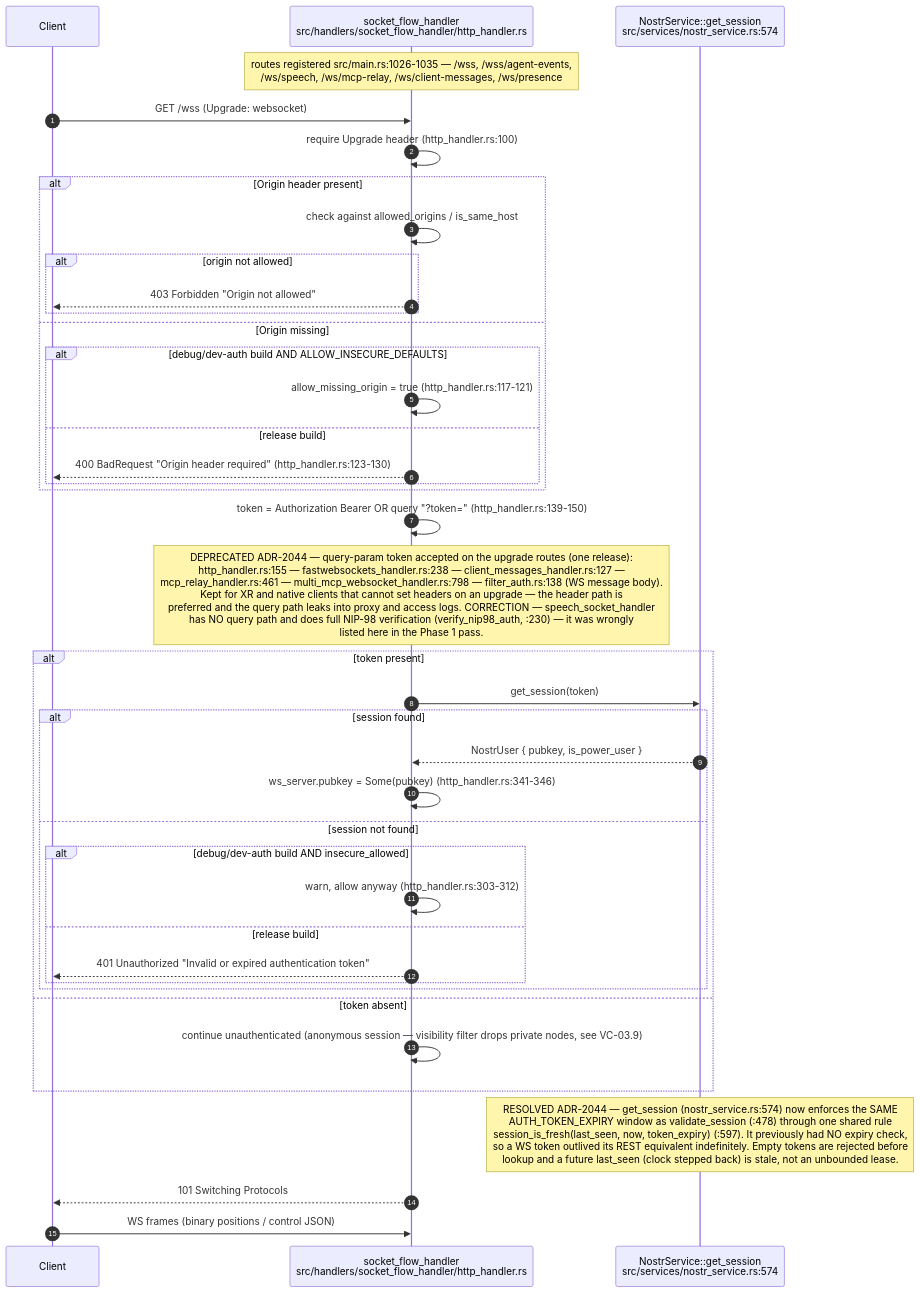
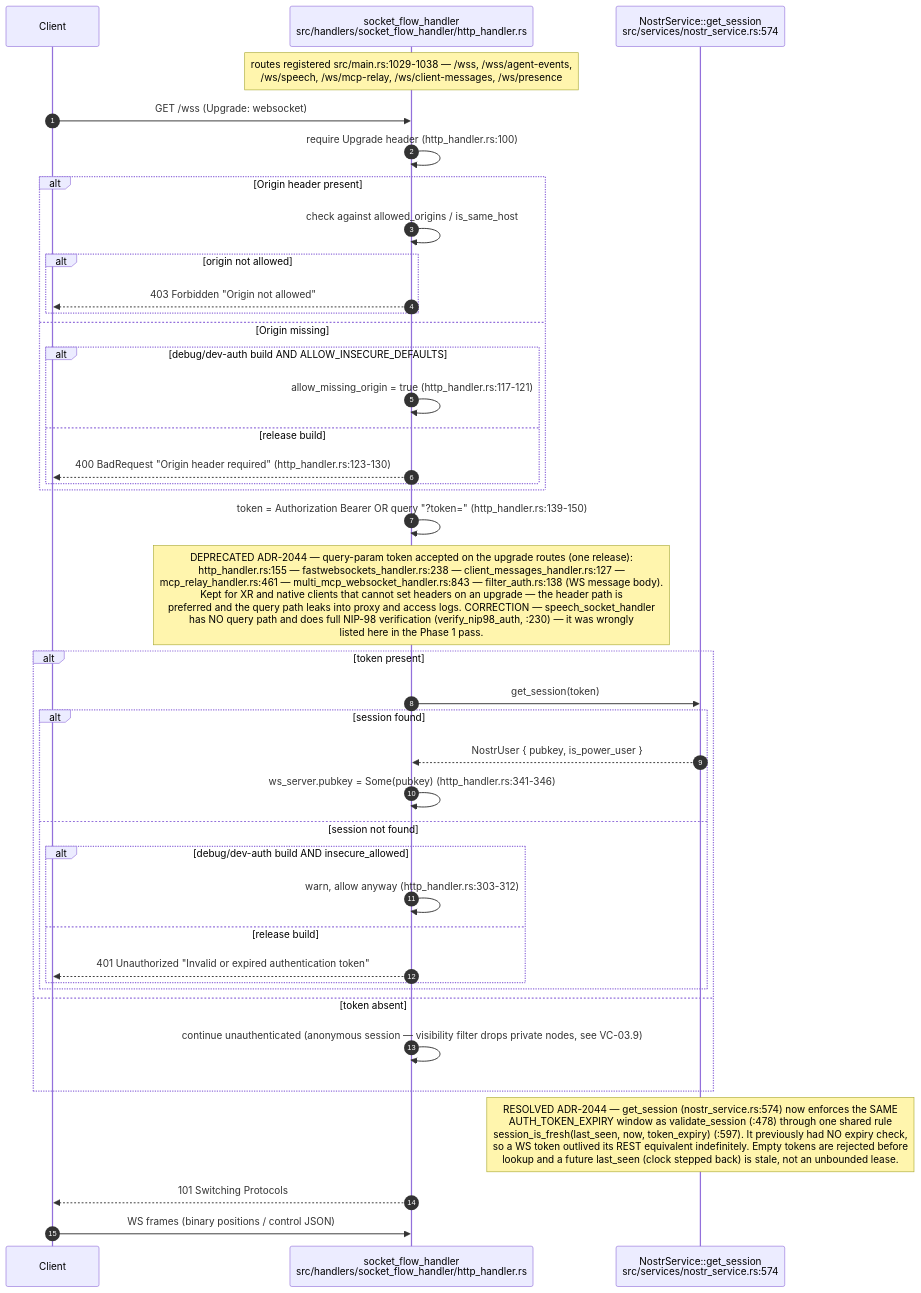
One commit to DreamLab-AI/AR-AI-Knowledge-Graph changed the second of 16 diagrams in docs/diagrams/visionclaw/03-request-lifecycle-and-rbac.md. Above: the diagram before and after it, drawn with Mermaid. The commit also changed other lines of this file and 73 other files, not shown here.

First line of the commit message:
docs(diagrams): re-verify all 71 topic files against HEAD; add --cite-check

````diff
--- a/docs/diagrams/visionclaw/03-request-lifecycle-and-rbac.md
+++ b/docs/diagrams/visionclaw/03-request-lifecycle-and-rbac.md
@@ -87,43 +87,43 @@
 ```mermaid
 sequenceDiagram
     autonumber
     participant C as Client
     participant WS as socket_flow_handler<br/>src/handlers/socket_flow_handler/http_handler.rs
     participant NS as NostrService::get_session<br/>src/services/nostr_service.rs:574
 
-    Note over WS: routes registered src/main.rs:1026-1035 — /wss, /wss/agent-events,<br/>/ws/speech, /ws/mcp-relay, /ws/client-messages, /ws/presence
+    Note over WS: routes registered src/main.rs:1029-1038 — /wss, /wss/agent-events,<br/>/ws/speech, /ws/mcp-relay, /ws/client-messages, /ws/presence
     C->>WS: GET /wss (Upgrade: websocket)
     WS->>WS: require Upgrade header (http_handler.rs:100)
     alt Origin header present
         WS->>WS: check against allowed_origins / is_same_host
         alt origin not allowed
             WS-->>C: 403 Forbidden "Origin not allowed"
         end
     else Origin missing
         alt debug/dev-auth build AND ALLOW_INSECURE_DEFAULTS
             WS->>WS: allow_missing_origin = true (http_handler.rs:117-121)
         else release build
             WS-->>C: 400 BadRequest "Origin header required" (http_handler.rs:123-130)
         end
     end
     WS->>WS: token = Authorization Bearer OR query "?token=" (http_handler.rs:139-150)
-    Note over WS: DEPRECATED ADR-2044 — query-param token accepted on the upgrade routes (one release):<br/>http_handler.rs:155 — fastwebsockets_handler.rs:238 — client_messages_handler.rs:127 —<br/>mcp_relay_handler.rs:461 — multi_mcp_websocket_handler.rs:798 — filter_auth.rs:138 (WS message body).<br/>Kept for XR and native clients that cannot set headers on an upgrade — the header path is<br/>preferred and the query path leaks into proxy and access logs. CORRECTION — speech_socket_handler<br/>has NO query path and does full NIP-98 verification (verify_nip98_auth, :230) — it was wrongly<br/>listed here in the Phase 1 pass.
+    Note over WS: DEPRECATED ADR-2044 — query-param token accepted on the upgrade routes (one release):<br/>http_handler.rs:155 — fastwebsockets_handler.rs:238 — client_messages_handler.rs:127 —<br/>mcp_relay_handler.rs:461 — multi_mcp_websocket_handler.rs:843 — filter_auth.rs:138 (WS message body).<br/>Kept for XR and native clients that cannot set headers on an upgrade — the header path is<br/>preferred and the query path leaks into proxy and access logs. CORRECTION — speech_socket_handler<br/>has NO query path and does full NIP-98 verification (verify_nip98_auth, :230) — it was wrongly<br/>listed here in the Phase 1 pass.
     alt token present
         WS->>NS: get_session(token)
         alt session found
             NS-->>WS: NostrUser { pubkey, is_power_user }
             WS->>WS: ws_server.pubkey = Some(pubkey) (http_handler.rs:341-346)
         else session not found
             alt debug/dev-auth build AND insecure_allowed
                 WS->>WS: warn, allow anyway (http_handler.rs:303-312)
             else release build
                 WS-->>C: 401 Unauthorized "Invalid or expired authentication token"
             end
         end
     else token absent
         WS->>WS: continue unauthenticated (anonymous session — visibility filter drops private nodes, see VC-03.9)
     end
     Note over NS: RESOLVED ADR-2044 — get_session (nostr_service.rs:574) now enforces the SAME<br/>AUTH_TOKEN_EXPIRY window as validate_session (:478) through one shared rule<br/>session_is_fresh(last_seen, now, token_expiry) (:597). It previously had NO expiry check,<br/>so a WS token outlived its REST equivalent indefinitely. Empty tokens are rejected before<br/>lookup and a future last_seen (clock stepped back) is stale, not an unbounded lease.
     WS-->>C: 101 Switching Protocols
     C->>WS: WS frames (binary positions / control JSON)
 ```
````
